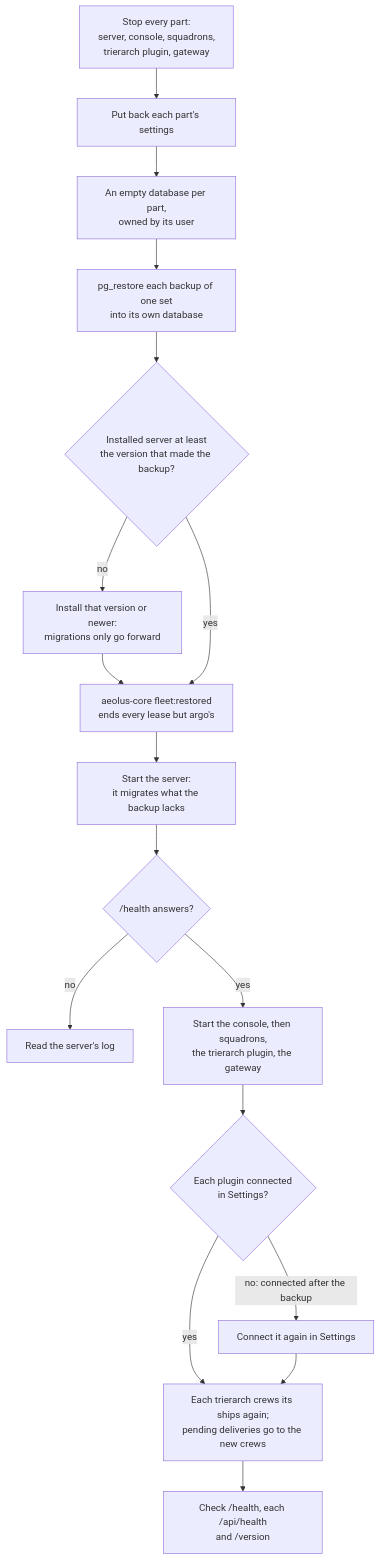
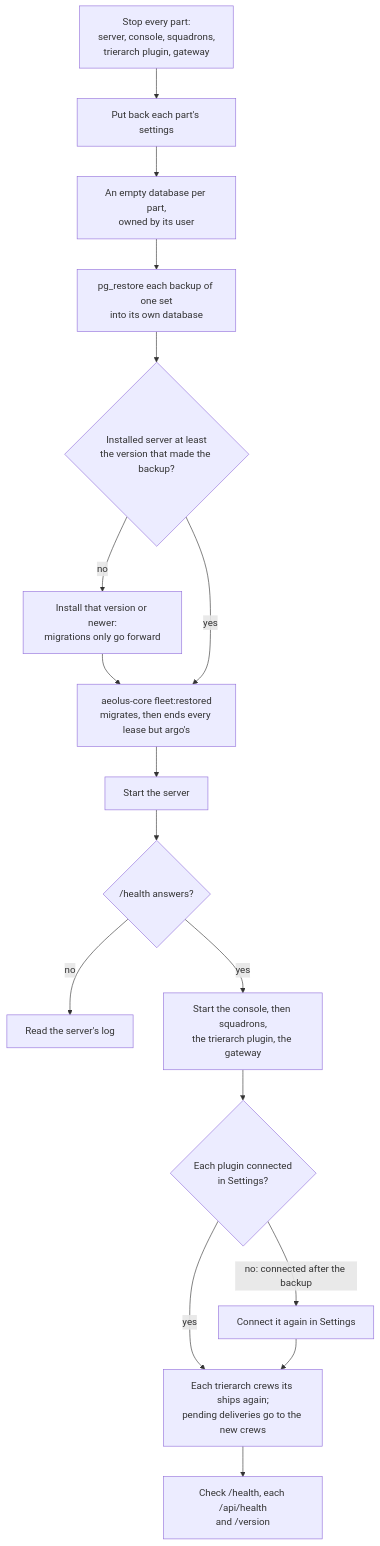
Before and after one commit to ThomasHendrickx/aeolus-fleet: the second of 2 diagrams in docs/guide/run-the-server.md, drawn with Mermaid. The commit also changed other lines of this file, not shown here.

Commit message:
docs(guide): the restore steps match fleet:restored as merged, which migrates first and needs a release after 0.39.0

````diff
--- a/docs/guide/run-the-server.md
+++ b/docs/guide/run-the-server.md
@@ -223,19 +223,19 @@
 ```mermaid
 flowchart TD
     stop["Stop every part:<br/>server, console, squadrons,<br/>trierarch plugin, gateway"] --> settings["Put back each part's settings"]
     settings --> empty["An empty database per part,<br/>owned by its user"]
     empty --> pgr["pg_restore each backup of one set<br/>into its own database"]
     pgr --> version{"Installed server at least<br/>the version that made the backup?"}
     version -->|no| newer["Install that version or newer:<br/>migrations only go forward"]
     newer --> settle
-    version -->|yes| settle["aeolus-core fleet:restored<br/>ends every lease but argo's"]
-    settle --> startcore["Start the server:<br/>it migrates what the backup lacks"]
+    version -->|yes| settle["aeolus-core fleet:restored<br/>migrates, then ends every lease but argo's"]
+    settle --> startcore["Start the server"]
     startcore --> health{"/health answers?"}
     health -->|no| log["Read the server's log"]
     health -->|yes| plugins["Start the console, then squadrons,<br/>the trierarch plugin, the gateway"]
     plugins --> known{"Each plugin connected<br/>in Settings?"}
     known -->|"no: connected after the backup"| connect["Connect it again in Settings"]
     known -->|yes| crews["Each trierarch crews its ships again;<br/>pending deliveries go to the new crews"]
     connect --> crews
     crews --> verify["Check /health, each /api/health<br/>and /version"]
 ```
````
